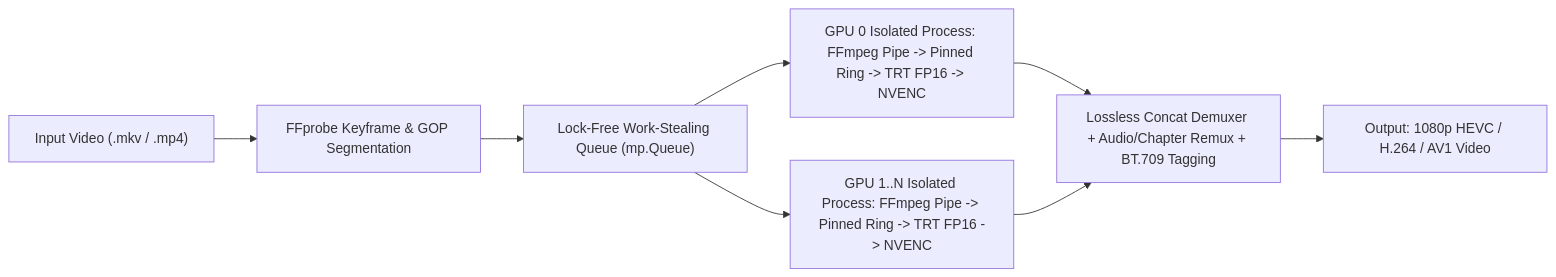
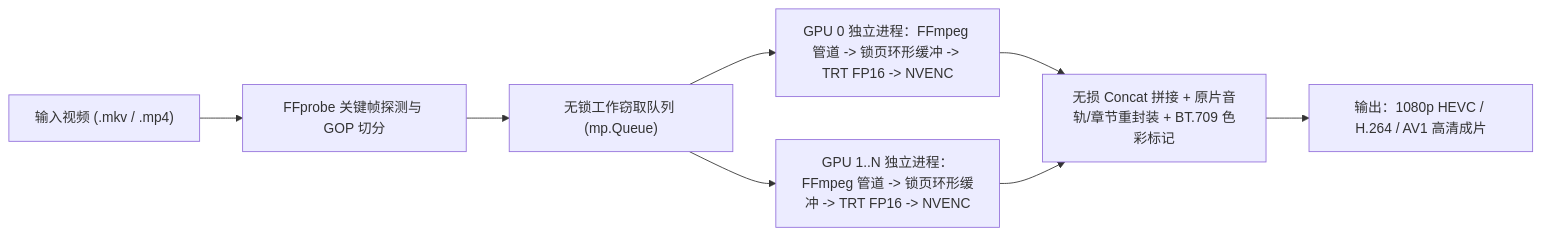
One commit to mengkzhaoyun/vela changed the second of 3 diagrams in docs/technical-whitepaper.md. Above: the diagram before and after it, drawn with Mermaid. The commit also changed other lines of this file and 1 other file, not shown here.

````diff
--- a/docs/technical-whitepaper.md
+++ b/docs/technical-whitepaper.md
@@ -137,10 +138,10 @@
 ```mermaid
 flowchart LR
-    A["Input Video (.mkv / .mp4)"] --> B["FFprobe Keyframe & GOP Segmentation"]
-    B --> C["Lock-Free Work-Stealing Queue (mp.Queue)"]
-    C --> D["GPU 0 Isolated Process: FFmpeg Pipe -> Pinned Ring -> TRT FP16 -> NVENC"]
-    C --> E["GPU 1..N Isolated Process: FFmpeg Pipe -> Pinned Ring -> TRT FP16 -> NVENC"]
-    D --> F["Lossless Concat Demuxer + Audio/Chapter Remux + BT.709 Tagging"]
+    A["输入视频 (.mkv / .mp4)"] --> B["FFprobe 关键帧探测与 GOP 切分"]
+    B --> C["无锁工作窃取队列 (mp.Queue)"]
+    C --> D["GPU 0 独立进程：FFmpeg 管道 -> 锁页环形缓冲 -> TRT FP16 -> NVENC"]
+    C --> E["GPU 1..N 独立进程：FFmpeg 管道 -> 锁页环形缓冲 -> TRT FP16 -> NVENC"]
+    D --> F["无损 Concat 拼接 + 原片音轨/章节重封装 + BT.709 色彩标记"]
     E --> F
-    F --> G["Output: 1080p HEVC / H.264 / AV1 Video"]
+    F --> G["输出：1080p HEVC / H.264 / AV1 高清成片"]
 ```
````
